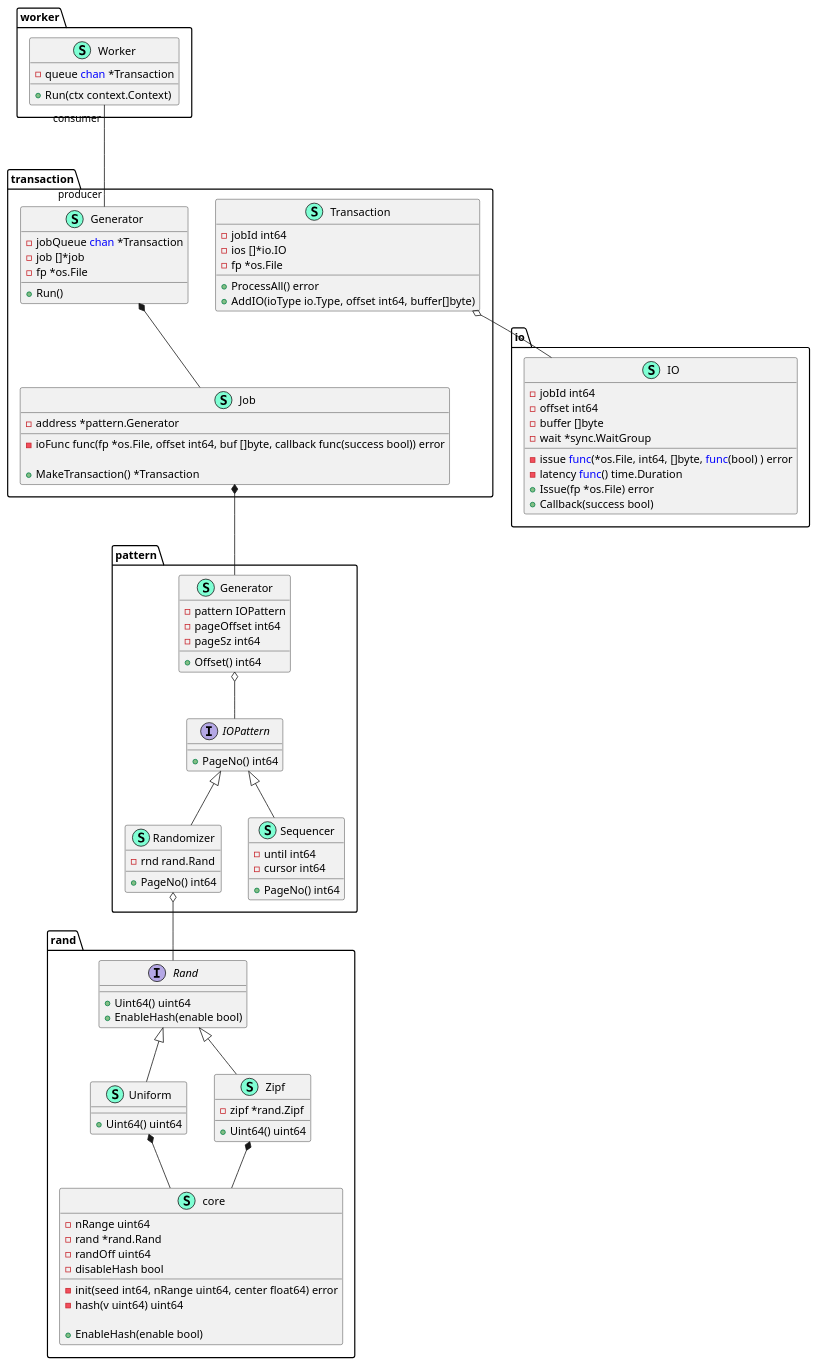
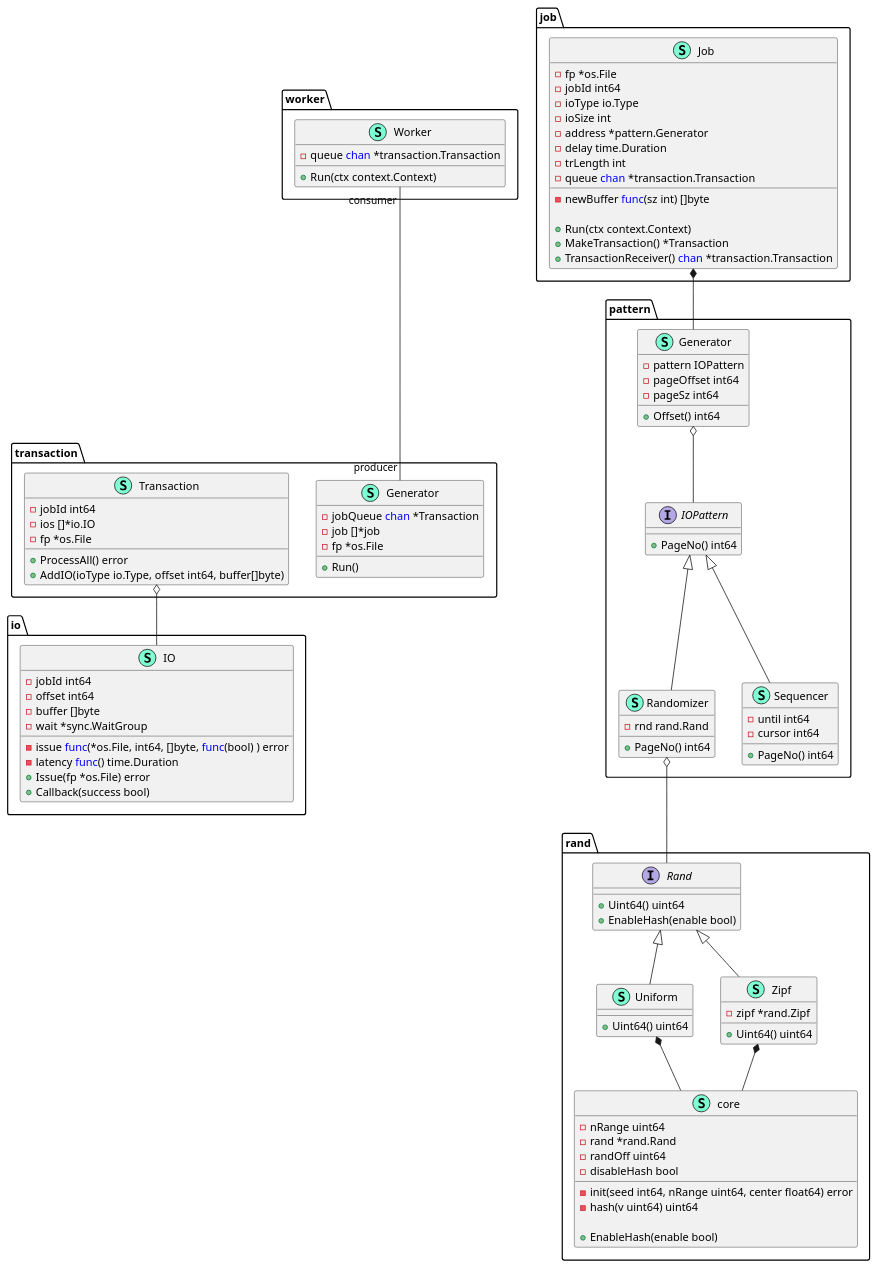
The diagram in docs/class-diagram.puml (sungup/t-fio), drawn with PlantUML before and after one commit. The commit also changed 5 other files, not shown here.

```diff
--- a/docs/class-diagram.puml
+++ b/docs/class-diagram.puml
@@ -1,126 +1,136 @@
 @startuml
 
 namespace io {
     class IO << (S,Aquamarine) >> {
         - jobId int64
         - offset int64
         - buffer []byte
         - issue <font color=blue>func</font>(*os.File, int64, []byte, <font color=blue>func</font>(bool) ) error
         - latency <font color=blue>func</font>() time.Duration
         - wait *sync.WaitGroup
 
         + Issue(fp *os.File) error
         + Callback(success bool)
     }
 }
 
 namespace pattern {
     class Generator << (S,Aquamarine) >> {
         - pattern IOPattern
         - pageOffset int64
         - pageSz int64
 
         + Offset() int64
 
     }
     interface IOPattern  {
         + PageNo() int64
 
     }
     class Randomizer << (S,Aquamarine) >> {
         - rnd rand.Rand
 
         + PageNo() int64
 
     }
     class Sequencer << (S,Aquamarine) >> {
         - until int64
         - cursor int64
 
         + PageNo() int64
 
     }
 }
 "pattern.IOPattern" <|-- "pattern.Randomizer"
 "pattern.IOPattern" <|-- "pattern.Sequencer"
 "pattern.Generator" o-- "pattern.IOPattern"
 
 namespace rand {
     interface Rand  {
         + Uint64() uint64
         + EnableHash(enable bool) 
 
     }
     class Uniform << (S,Aquamarine) >> {
         + Uint64() uint64
 
     }
     class Zipf << (S,Aquamarine) >> {
         - zipf *rand.Zipf
 
         + Uint64() uint64
 
     }
     class core << (S,Aquamarine) >> {
         - nRange uint64
         - rand *rand.Rand
         - randOff uint64
         - disableHash bool
 
         - init(seed int64, nRange uint64, center float64) error
         - hash(v uint64) uint64
 
         + EnableHash(enable bool) 
 
     }
 }
 "rand.Uniform" *-- "rand.core"
 "rand.Zipf" *-- "rand.core"
 "rand.Rand" <|-- "rand.Uniform"
 "rand.Rand" <|-- "rand.Zipf"
 
+namespace job {
+    class Job << (S, Aquamarine) >> {
+        - fp *os.File
+        - jobId int64
+        - ioType io.Type
+        - ioSize int
+        - address *pattern.Generator
+        - delay time.Duration
+        - trLength int
+        - queue <font color=blue>chan</font> *transaction.Transaction
+
+        - newBuffer <font color=blue>func</font>(sz int) []byte
+
+        + Run(ctx context.Context)
+        + MakeTransaction() *Transaction
+        + TransactionReceiver() <font color=blue>chan</font> *transaction.Transaction
+    }
+}
 namespace transaction {
     ' Transaction Generator
-    class Job << (S, Aquamarine) >> {
-        - address *pattern.Generator
-
-        - ioFunc func(fp *os.File, offset int64, buf []byte, callback func(success bool)) error
-
-        + MakeTransaction() *Transaction
-    }
     class Generator << (S, Aquamarine) >> {
         - jobQueue <font color=blue>chan</font> *Transaction
         - job []*job
         - fp *os.File
 
         + Run()
     }
     class Transaction << (S, Aquamarine) >> {
         - jobId int64
         - ios []*io.IO
         - fp *os.File
 
         + ProcessAll() error
         + AddIO(ioType io.Type, offset int64, buffer[]byte)
     }
 }
-"transaction.Generator" *-- "transaction.Job"
 
 namespace worker {
     /'
       Each worker run only their own transaction at a time.
      '/
     class Worker << (S, Aquamarine) >> {
-        - queue <font color=blue>chan</font> *Transaction
+        - queue <font color=blue>chan</font> *transaction.Transaction
 
         + Run(ctx context.Context)
     }
 }
 
 ' Global associations
 "pattern.Randomizer" o-- "rand.Rand"
 "transaction.Transaction" o-- "io.IO"
-"transaction.Job" *-- "pattern.Generator"
+"job.Job" *-- "pattern.Generator"
 "worker.Worker" "consumer" --- "producer" "transaction.Generator"
 
 @enduml
```
